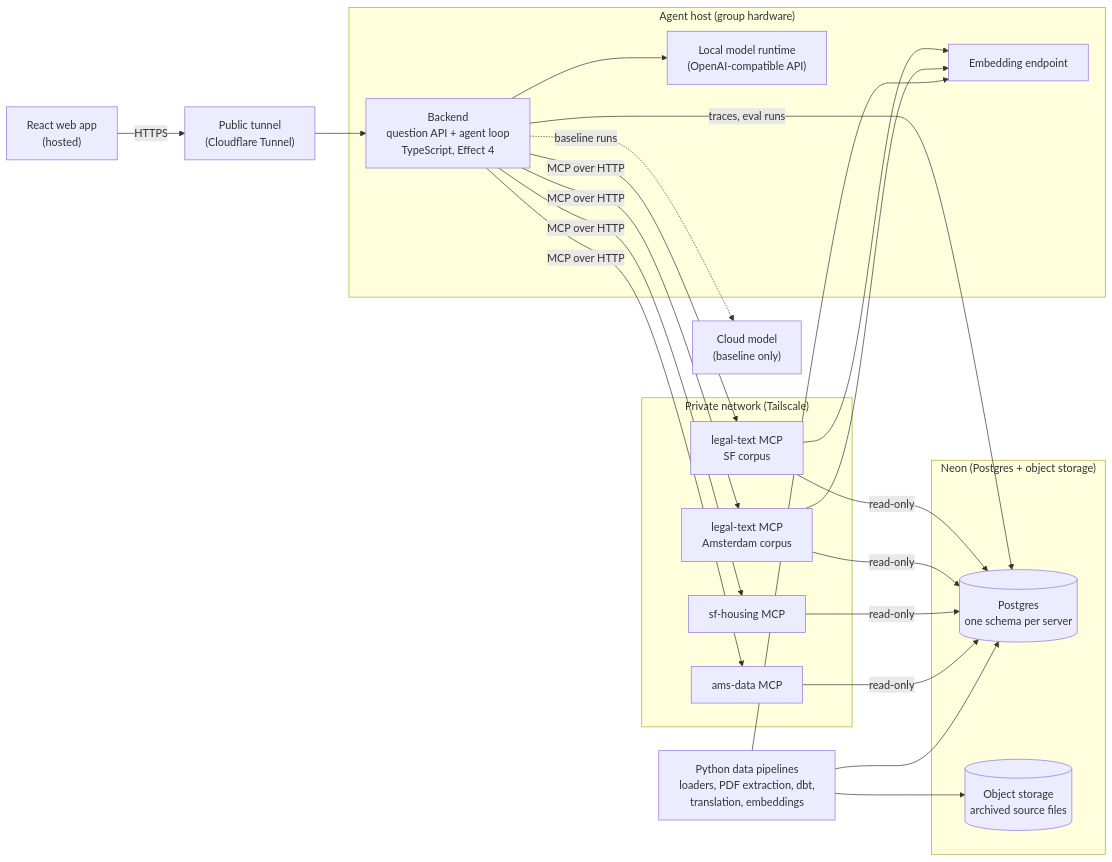
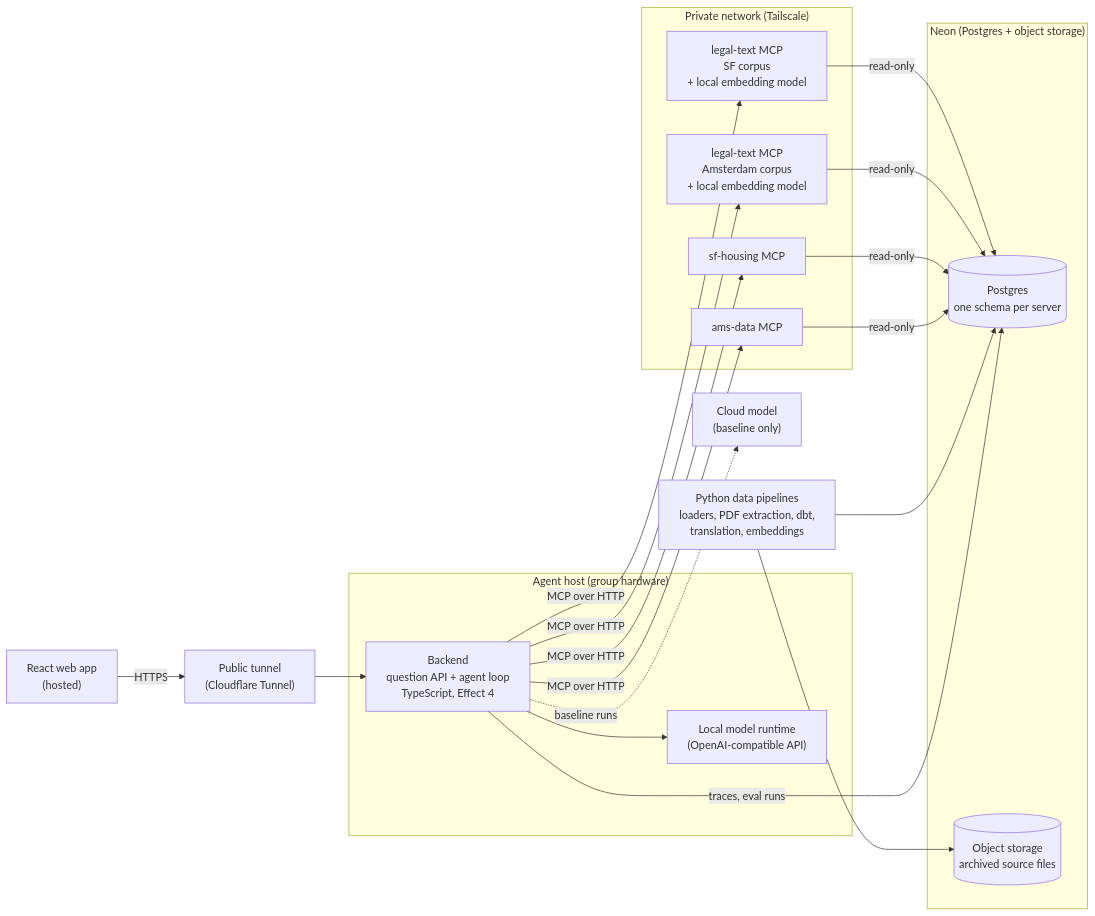
Before and after one commit to mollyegibson/policy-huis: the diagram in docs/plans/mvp-technical-plan.md, drawn with Mermaid. The commit also changed other lines of this file and 6 other files, not shown here.

````diff
--- a/docs/plans/mvp-technical-plan.md
+++ b/docs/plans/mvp-technical-plan.md
@@ -39,38 +39,35 @@
 ```mermaid
 flowchart LR
     web["React web app<br/>(hosted)"]
     tunnel["Public tunnel<br/>(Cloudflare Tunnel)"]
 
     subgraph host["Agent host (group hardware)"]
         agent["Backend<br/>question API + agent loop<br/>TypeScript, Effect 4"]
         llm["Local model runtime<br/>(OpenAI-compatible API)"]
-        emb["Embedding endpoint"]
     end
 
     cloud["Cloud model<br/>(baseline only)"]
 
     subgraph mesh["Private network (Tailscale)"]
-        lt_sf["legal-text MCP<br/>SF corpus"]
-        lt_ams["legal-text MCP<br/>Amsterdam corpus"]
+        lt_sf["legal-text MCP<br/>SF corpus<br/>+ local embedding model"]
+        lt_ams["legal-text MCP<br/>Amsterdam corpus<br/>+ local embedding model"]
         d_sf["sf-housing MCP"]
         d_ams["ams-data MCP"]
     end
 
     subgraph neon["Neon (Postgres + object storage)"]
         pg[("Postgres<br/>one schema per server")]
         obj[("Object storage<br/>archived source files")]
     end
 
     pipe["Python data pipelines<br/>loaders, PDF extraction, dbt,<br/>translation, embeddings"]
 
     web -- HTTPS --> tunnel --> agent
     agent --> llm
     agent -. baseline runs .-> cloud
     agent -- MCP over HTTP --> lt_sf & lt_ams & d_sf & d_ams
-    lt_sf & lt_ams --> emb
     lt_sf & lt_ams & d_sf & d_ams -- read-only --> pg
     pipe --> obj
     pipe --> pg
-    pipe --> emb
     agent -- traces, eval runs --> pg
 ```
````
